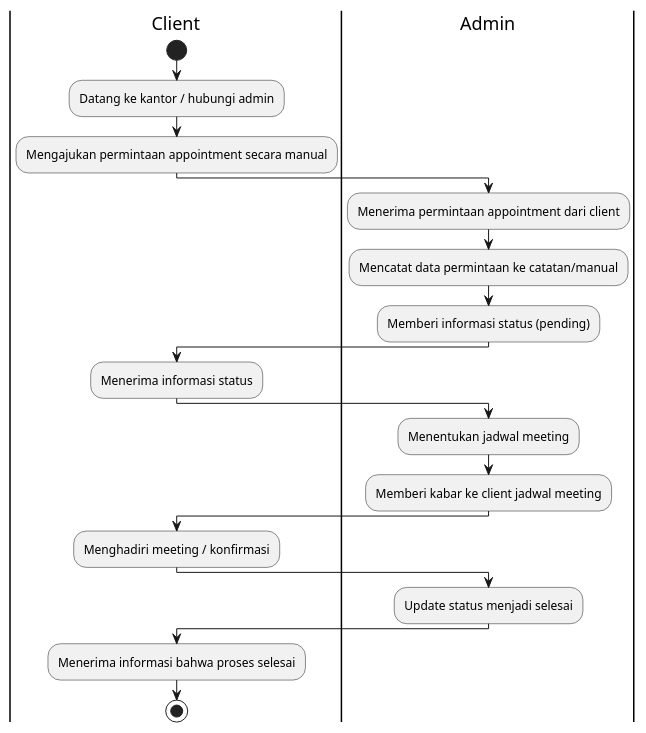
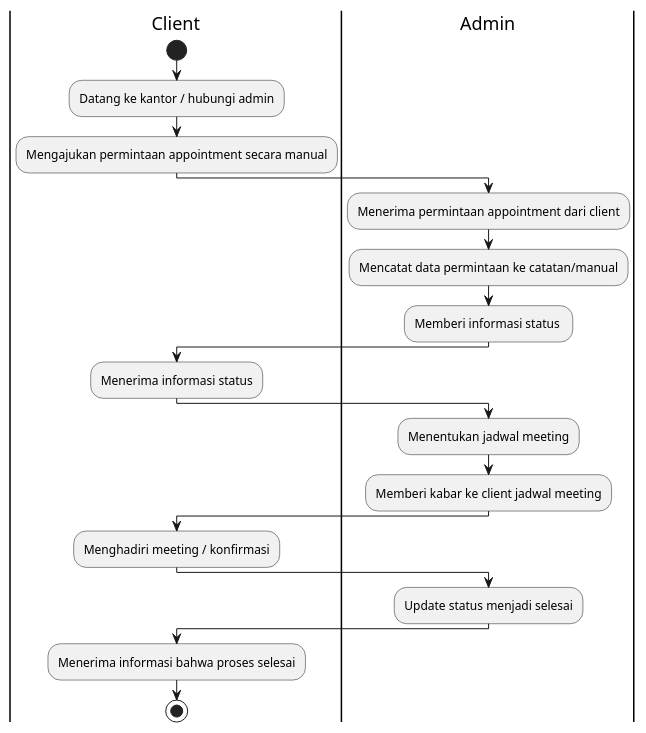
Before and after one commit to AriHyuk/uml: the diagram in form-manual.puml, drawn with PlantUML. The commit also changed 8 other files, not shown here.

Commit message:
update erd

```diff
--- a/form-manual.puml
+++ b/form-manual.puml
@@ -1,22 +1,22 @@
 @startuml
 |Client|
 start
 :Datang ke kantor / hubungi admin;
 :Mengajukan permintaan appointment secara manual;
 |Admin|
 :Menerima permintaan appointment dari client;
 :Mencatat data permintaan ke catatan/manual;
-:Memberi informasi status (pending);
+:Memberi informasi status ;
 |Client|
 :Menerima informasi status;
 |Admin|
 :Menentukan jadwal meeting;
 :Memberi kabar ke client jadwal meeting;
 |Client|
 :Menghadiri meeting / konfirmasi;
 |Admin|
 :Update status menjadi selesai;
 |Client|
 :Menerima informasi bahwa proses selesai;
 stop
 @enduml
```
